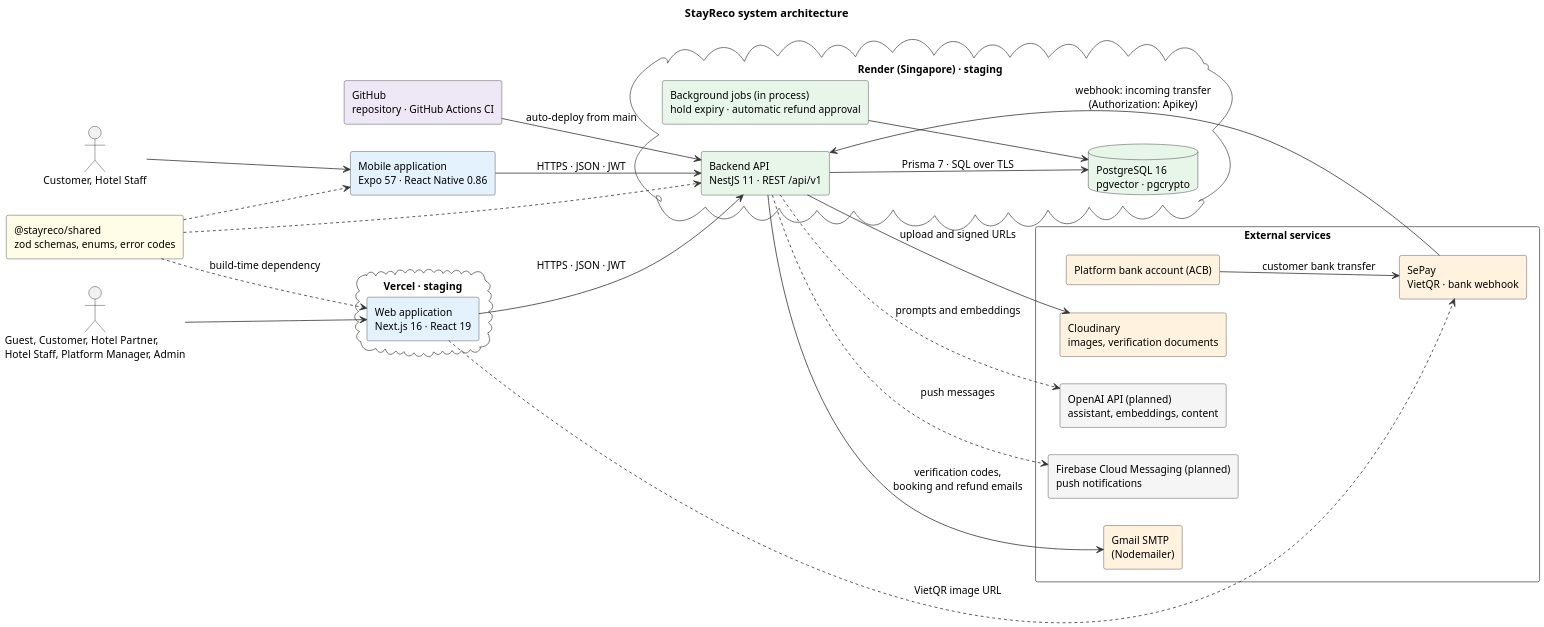
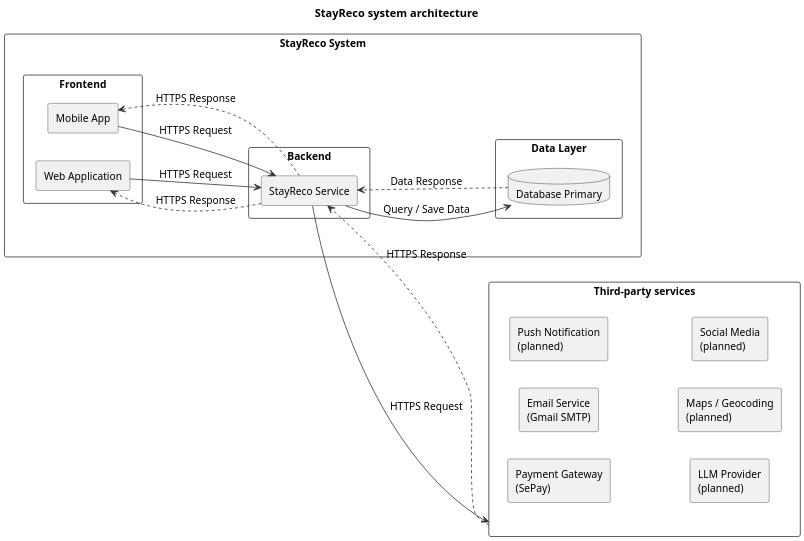
One commit to KnightChovy/stay-reco changed the diagram in docs/diagrams/arch_system_en.puml. Above: the diagram before and after it, drawn with PlantUML.

Commit message:
docs: architecture source matches the Report 4 figure
Report 4 Figure 1 was redrawn as three layers (Frontend, Backend, Data
Layer) with six third-party services; the PlantUML source now draws the
same components and flows.

```diff
--- a/docs/diagrams/arch_system_en.puml
+++ b/docs/diagrams/arch_system_en.puml
@@ -1,54 +1,45 @@
 @startuml
+' Source of Report 4, Figure 1 (system architecture). Planned services are listed in Report 4 section 1.1 and 1.2.1.
 skinparam dpi 180
 skinparam shadowing false
 skinparam defaultFontName Helvetica
 skinparam defaultFontSize 13
 skinparam ArrowColor #333333
 skinparam componentStyle rectangle
 skinparam rectangle {
   BorderColor #333333
 }
-skinparam package {
-  BorderColor #555555
-}
 title StayReco system architecture
 left to right direction
-actor "Guest, Customer, Hotel Partner,\nHotel Staff, Platform Manager, Admin" as U1
-actor "Customer, Hotel Staff" as U2
-cloud "Vercel · staging" {
-  rectangle "Web application\nNext.js 16 · React 19" as WEB #E3F2FD
+
+rectangle "Third-party services" as TP {
+  rectangle "Payment Gateway\n(SePay)" as PAY
+  rectangle "Email Service\n(Gmail SMTP)" as MAIL
+  rectangle "Push Notification\n(planned)" as PUSH
+  rectangle "LLM Provider\n(planned)" as LLM
+  rectangle "Maps / Geocoding\n(planned)" as MAPS
+  rectangle "Social Media\n(planned)" as SOC
 }
-rectangle "Mobile application\nExpo 57 · React Native 0.86" as MOB #E3F2FD
-rectangle "@stayreco/shared\nzod schemas, enums, error codes" as SH #FFFDE7
-cloud "Render (Singapore) · staging" {
-  rectangle "Backend API\nNestJS 11 · REST /api/v1" as API #E8F5E9
-  rectangle "Background jobs (in process)\nhold expiry · automatic refund approval" as JOB #E8F5E9
-  database "PostgreSQL 16\npgvector · pgcrypto" as DB #E8F5E9
+
+rectangle "StayReco System" as SYS {
+  rectangle "Frontend" as FE {
+    rectangle "Web Application" as WEB
+    rectangle "Mobile App" as MOB
+  }
+  rectangle "Backend" as BE {
+    rectangle "StayReco Service" as SVC
+  }
+  rectangle "Data Layer" as DL {
+    database "Database Primary" as DB
+  }
 }
-rectangle "External services" {
-  rectangle "SePay\nVietQR · bank webhook" as SEPAY #FFF3E0
-  rectangle "Platform bank account (ACB)" as BANK #FFF3E0
-  rectangle "Gmail SMTP\n(Nodemailer)" as SMTP #FFF3E0
-  rectangle "Cloudinary\nimages, verification documents" as CLD #FFF3E0
-  rectangle "OpenAI API (planned)\nassistant, embeddings, content" as OAI #F5F5F5
-  rectangle "Firebase Cloud Messaging (planned)\npush notifications" as FCM #F5F5F5
-}
-rectangle "GitHub\nrepository · GitHub Actions CI" as GH #EDE7F6
-U1 --> WEB
-U2 --> MOB
-WEB --> API : HTTPS · JSON · JWT
-MOB --> API : HTTPS · JSON · JWT
-API --> DB : Prisma 7 · SQL over TLS
-JOB --> DB
-SH ..> WEB : build-time dependency
-SH ..> MOB
-SH ..> API
-BANK --> SEPAY : customer bank transfer
-SEPAY --> API : webhook: incoming transfer\n(Authorization: Apikey)
-WEB ..> SEPAY : VietQR image URL
-API --> SMTP : verification codes,\nbooking and refund emails
-API --> CLD : upload and signed URLs
-API ..> OAI : prompts and embeddings
-API ..> FCM : push messages
-GH --> API : auto-deploy from main
+
+WEB --> SVC : HTTPS Request
+SVC ..> WEB : HTTPS Response
+MOB --> SVC : HTTPS Request
+SVC ..> MOB : HTTPS Response
+SVC --> DB : Query / Save Data
+DB ..> SVC : Data Response
+SVC --> TP : HTTPS Request
+TP ..> SVC : HTTPS Response
 @enduml
```
